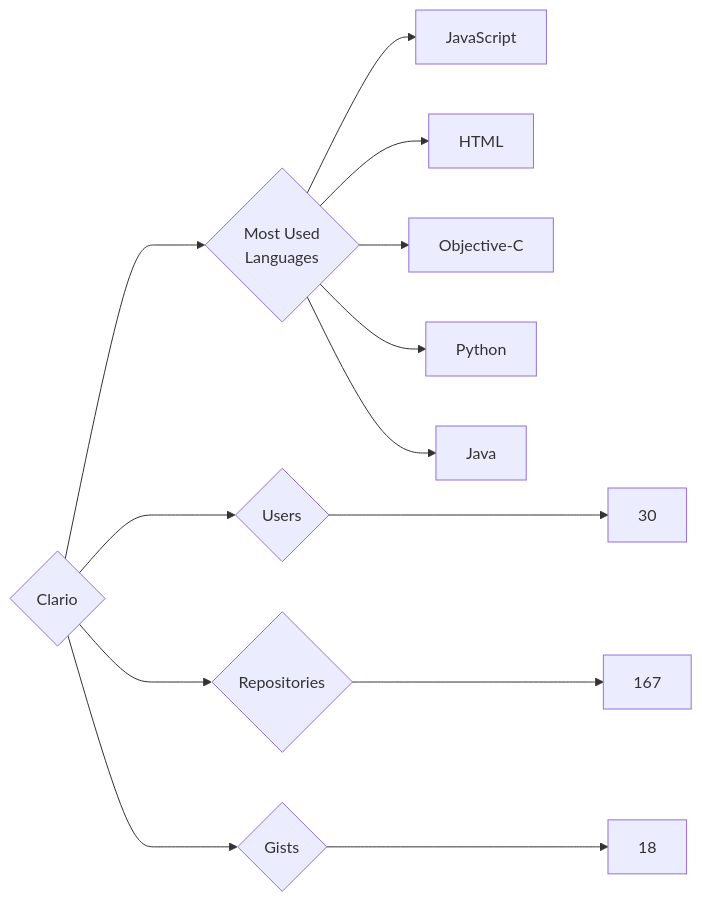
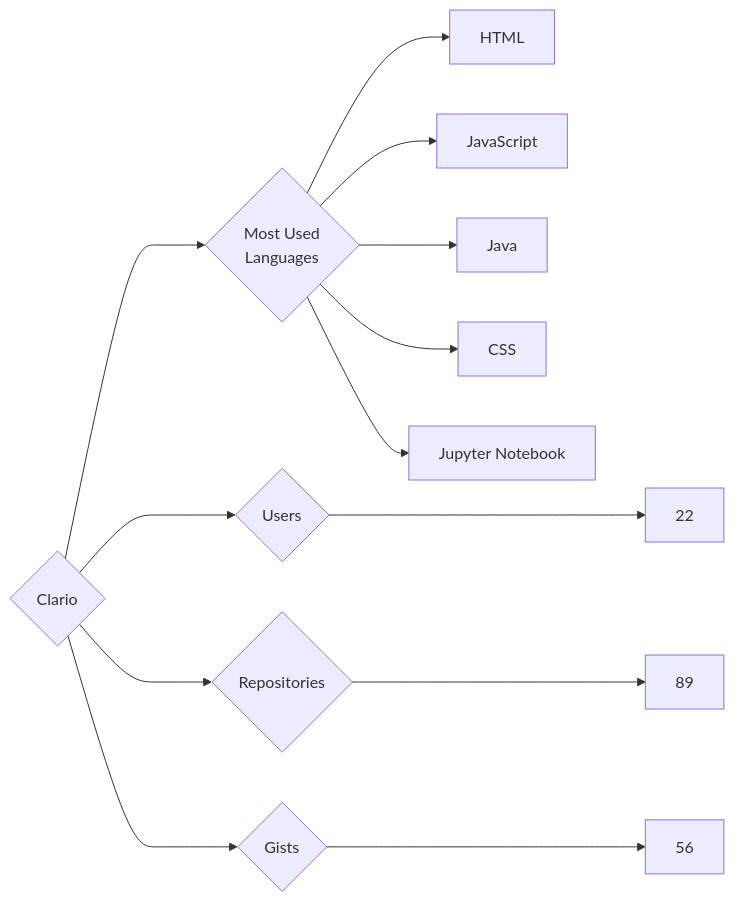
The diagram in targets/Clario/README.md (trickest/insiders), drawn with Mermaid before and after one commit. The commit also changed 775 other files, not shown here.

````diff
--- a/targets/Clario/README.md
+++ b/targets/Clario/README.md
@@ -3,13 +3,13 @@
 ```mermaid
 graph LR
 COMPANY_NAME{Clario}
-COMPANY_NAME ---> U{Users} ---> UN[30]
-COMPANY_NAME ---> R{Repositories} ---> RN[167]
-COMPANY_NAME ---> G{Gists} ---> GN[18]
+COMPANY_NAME ---> U{Users} ---> UN[22]
+COMPANY_NAME ---> R{Repositories} ---> RN[89]
+COMPANY_NAME ---> G{Gists} ---> GN[56]
 COMPANY_NAME ---> ML{Most Used<br>Languages}
+ML --> HTML[HTML]
 ML --> JavaScript[JavaScript]
-ML --> HTML[HTML]
-ML --> Objective-C[Objective-C]
-ML --> Python[Python]
 ML --> Java[Java]
+ML --> CSS[CSS]
+ML --> Jupyter_Notebook[Jupyter Notebook]
 ```
````
